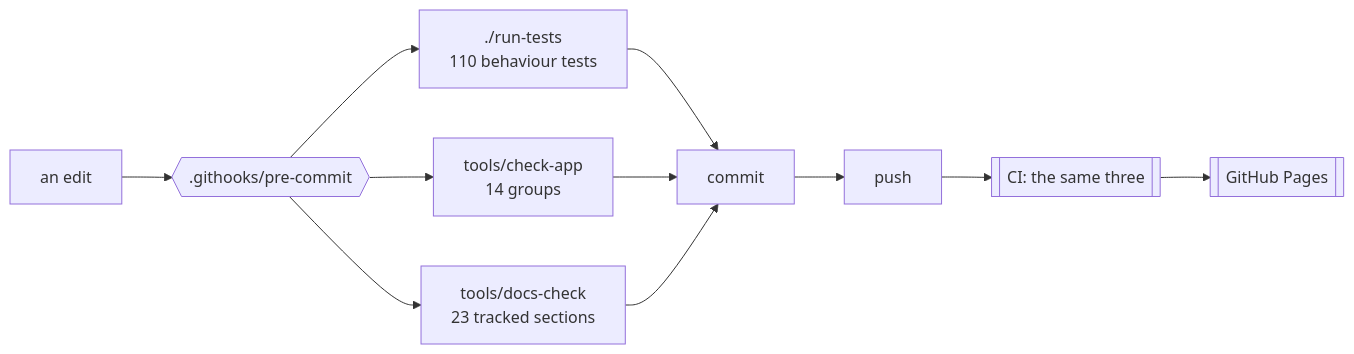
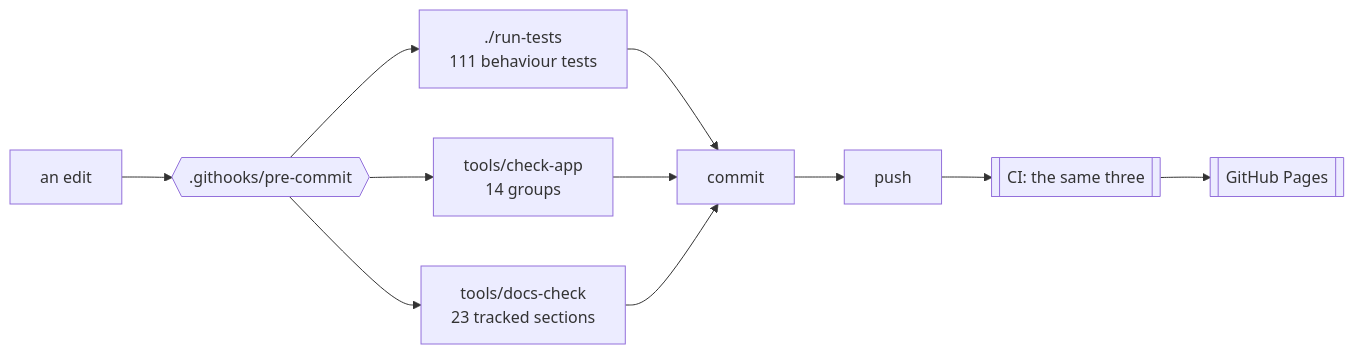
The diagram in docs/DEVELOPING.md (minormending/crystal-pilot-mobile), drawn with Mermaid before and after one commit. The commit also changed other lines of this file and 7 other files, not shown here.

````diff
--- a/docs/DEVELOPING.md
+++ b/docs/DEVELOPING.md
@@ -15,12 +15,12 @@
 ```mermaid
 flowchart LR
     E[an edit] --> H{{".githooks/pre-commit"}}
-    H --> T["./run-tests<br/>110 behaviour tests"]
+    H --> T["./run-tests<br/>111 behaviour tests"]
     H --> C["tools/check-app<br/>14 groups"]
     H --> D["tools/docs-check<br/>23 tracked sections"]
     T --> OK[commit]
     C --> OK
     D --> OK
     OK --> P[push] --> CI[["CI: the same three"]]
     CI --> PG[[GitHub Pages]]
 ```
````
